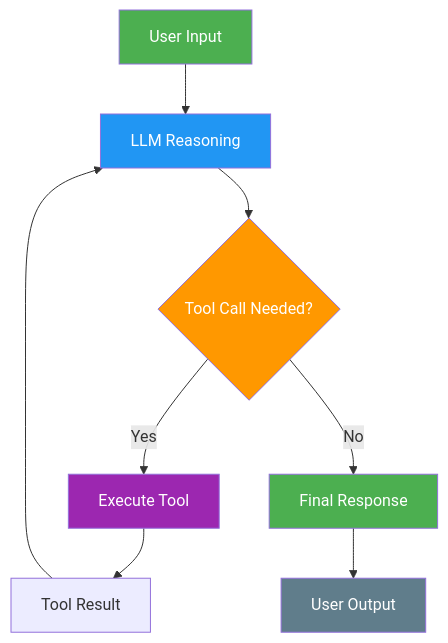
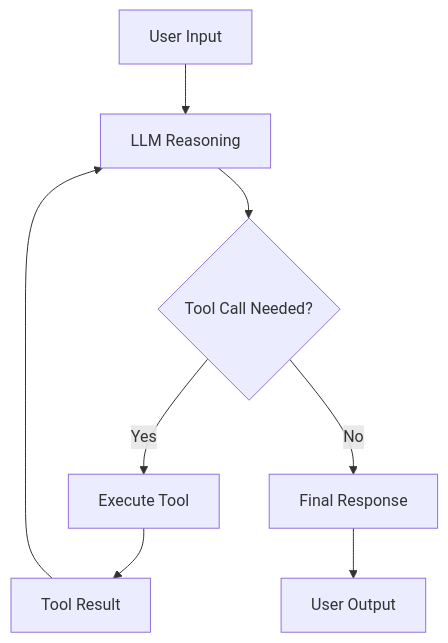
The first of 11 diagrams in README.md (saisrinivas-samoju/agentic_architectures), drawn with Mermaid before and after one commit. The commit also changed other lines of this file and 20 other files, not shown here.

````diff
--- a/README.md
+++ b/README.md
@@ -47,17 +76,10 @@
 ```mermaid
 flowchart TD
     A[User Input] --> B[LLM Reasoning]
     B --> C{Tool Call Needed?}
     C -->|Yes| D[Execute Tool]
     D --> E[Tool Result]
     E --> B
     C -->|No| F[Final Response]
     F --> G[User Output]
-
-    style A fill:#4CAF50,color:#fff
-    style B fill:#2196F3,color:#fff
-    style C fill:#FF9800,color:#fff
-    style D fill:#9C27B0,color:#fff
-    style F fill:#4CAF50,color:#fff
-    style G fill:#607D8B,color:#fff
 ```
````
